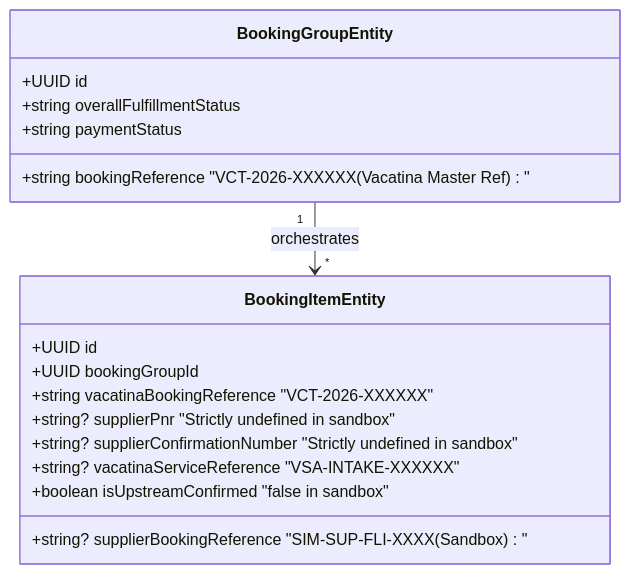
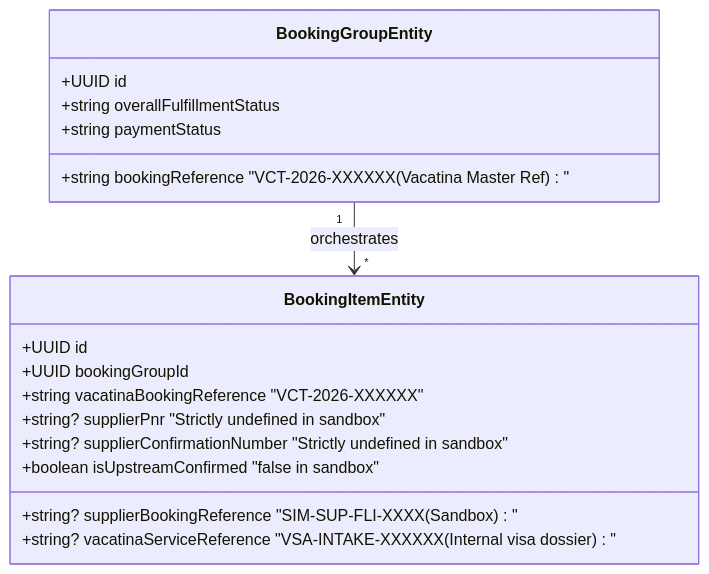
Before and after one commit to vacatina/vacatina: the fourth of 6 diagrams in docs/19_VACATINA_PRE_IMPLEMENTATION_INVENTORY_ARCHITECTURE_AND_RE_AUDIT.md, drawn with Mermaid. The commit also changed other lines of this file and 9 other files, not shown here.

Commit message:
feat(inventory): ratify v1.1 architecture with entity resolution, 18-attr CMS, and per-provider circuit breakers

````diff
--- a/docs/19_VACATINA_PRE_IMPLEMENTATION_INVENTORY_ARCHITECTURE_AND_RE_AUDIT.md
+++ b/docs/19_VACATINA_PRE_IMPLEMENTATION_INVENTORY_ARCHITECTURE_AND_RE_AUDIT.md
@@ -161,22 +179,22 @@
 ```mermaid
 classDiagram
     class BookingGroupEntity {
         +UUID id
         +string bookingReference "VCT-2026-XXXXXX (Vacatina Master Ref)"
         +string overallFulfillmentStatus
         +string paymentStatus
     }
 
     class BookingItemEntity {
         +UUID id
         +UUID bookingGroupId
         +string vacatinaBookingReference "VCT-2026-XXXXXX"
         +string? supplierBookingReference "SIM-SUP-FLI-XXXX (Sandbox)"
         +string? supplierPnr "Strictly undefined in sandbox"
         +string? supplierConfirmationNumber "Strictly undefined in sandbox"
-        +string? vacatinaServiceReference "VSA-INTAKE-XXXXXX"
+        +string? vacatinaServiceReference "VSA-INTAKE-XXXXXX (Internal visa dossier)"
         +boolean isUpstreamConfirmed "false in sandbox"
     }
 
     BookingGroupEntity "1" --> "*" BookingItemEntity : orchestrates
 ```
````
